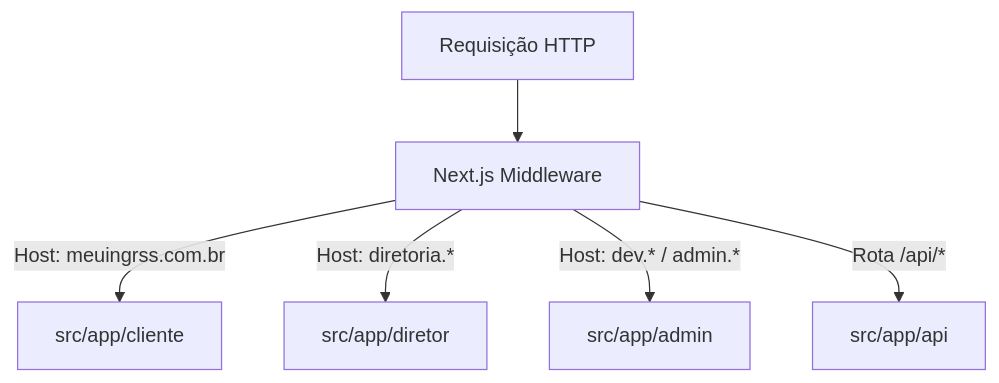
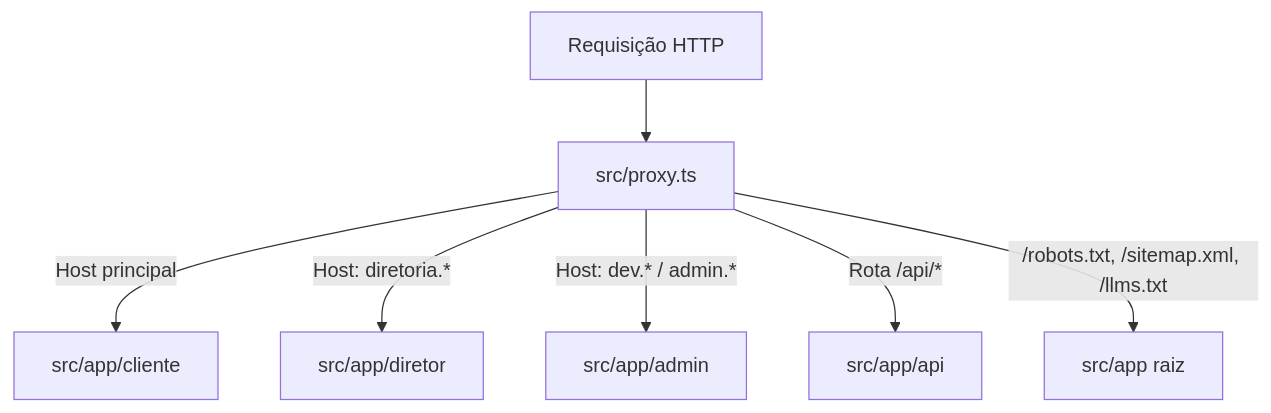
Before and after one commit to iagorlrnc/cinetica: the diagram in README.md, drawn with Mermaid. The commit also changed other lines of this file and 128 other files, not shown here.

````diff
--- a/README.md
+++ b/README.md
@@ -63,8 +91,9 @@
 ```mermaid
 flowchart TD
-    Req[Requisição HTTP] --> MW[Next.js Middleware]
-    MW -->|Host: meuingrss.com.br| C[src/app/cliente]
+    Req[Requisição HTTP] --> MW[src/proxy.ts]
+    MW -->|Host principal| C[src/app/cliente]
     MW -->|Host: diretoria.*| D[src/app/diretor]
     MW -->|Host: dev.* / admin.*| A[src/app/admin]
     MW -->|Rota /api/*| API[src/app/api]
+    MW -->|/robots.txt, /sitemap.xml, /llms.txt| SEO[src/app raiz]
 ```
````
